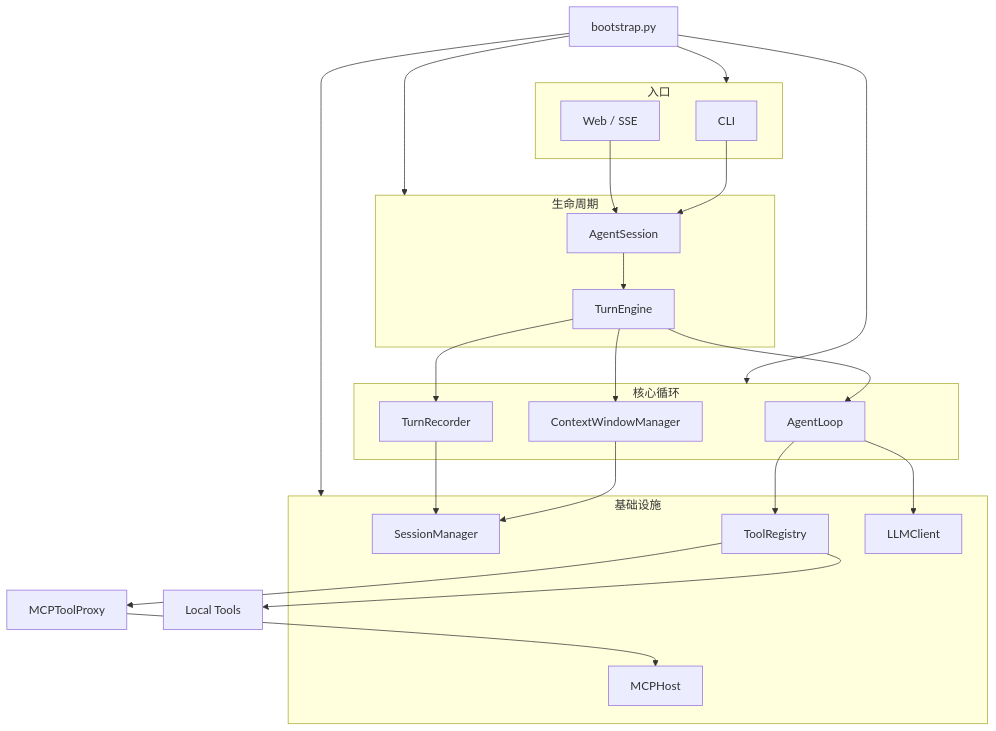
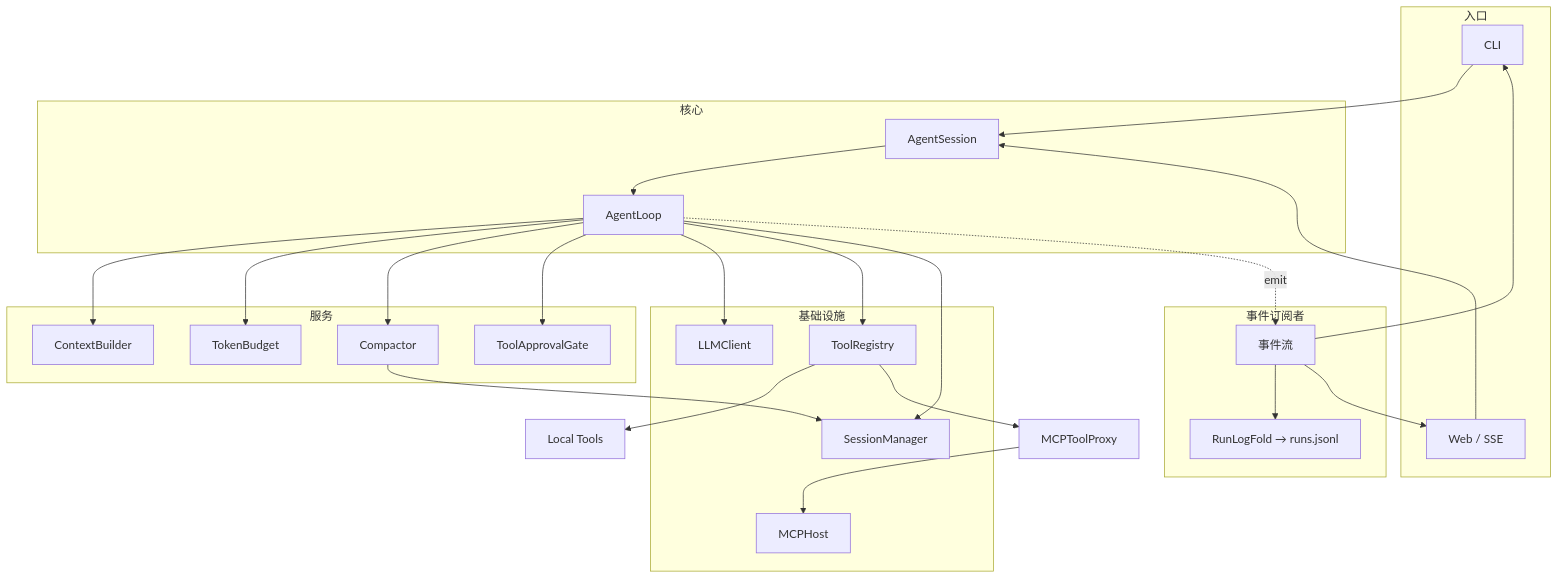
One commit to Jiminyang1/minibot changed the diagram in README.md. Above: the diagram before and after it, drawn with Mermaid. The commit also changed other lines of this file and 3 other files, not shown here.

First line of the commit message:
docs: core philosophy guide + refreshed architecture docs

````diff
--- a/README.md
+++ b/README.md
@@ -18,43 +18,50 @@
 ```mermaid
 flowchart TB
     subgraph entry [入口]
         CLI[CLI]
         Web[Web / SSE]
     end
 
-    subgraph lifecycle [生命周期]
+    subgraph core [核心]
         AS[AgentSession]
-        TE[TurnEngine]
+        AL[AgentLoop]
     end
 
-    subgraph core [核心循环]
-        AL[AgentLoop]
-        CWM[ContextWindowManager]
-        TR[TurnRecorder]
+    subgraph services [服务]
+        CB[ContextBuilder]
+        TB[TokenBudget]
+        CP[Compactor]
+        GATE[ToolApprovalGate]
     end
 
     subgraph infra [基础设施]
         SM[SessionManager]
         TRG[ToolRegistry]
         MCP[MCPHost]
         LLM[LLMClient]
     end
 
+    subgraph subscribers [事件订阅者]
+        EV[事件流]
+        FOLD[RunLogFold → runs.jsonl]
+    end
+
     CLI --> AS
     Web --> AS
-    AS --> TE
-    TE --> AL
-    TE --> CWM
-    TE --> TR
+    AS --> AL
+    AL --> CB
+    AL --> TB
+    AL --> CP
+    AL --> GATE
     AL --> LLM
     AL --> TRG
-    CWM --> SM
-    TR --> SM
-    bootstrap[bootstrap.py] --> entry
-    bootstrap --> lifecycle
-    bootstrap --> core
-    bootstrap --> infra
+    AL --> SM
+    CP --> SM
+    AL -. emit .-> EV
+    EV --> FOLD
+    EV --> CLI
+    EV --> Web
     TRG --> Local[Local Tools]
     TRG --> Proxy[MCPToolProxy]
     Proxy --> MCP
 ```
````
